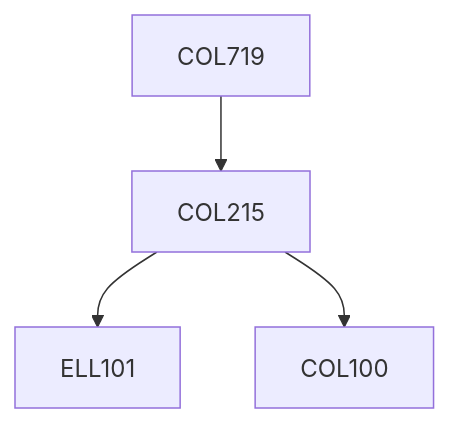
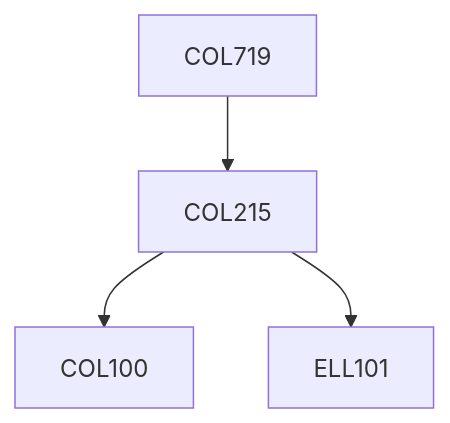
One commit to KeshavBansal0122/CoS_Website changed the diagram in content/Computer Science and Engineering/COL719.md. Above: the diagram before and after it, drawn with Mermaid. The commit also changed other lines of this file and 392 other files, not shown here.

````diff
--- a/content/Computer Science and Engineering/COL719.md
+++ b/content/Computer Science and Engineering/COL719.md
@@ -13,10 +13,10 @@
 ```mermaid
 flowchart TD
 COL719-195[COL719]
 COL719-195 --> COL215-195[COL215]
+COL215-195 --> COL100-195[COL100]
 COL215-195 --> ELL101-195[ELL101]
-COL215-195 --> COL100-195[COL100]
 
 classDef empty height:17px, fill:transparent, stroke:transparent;
 classDef trueEmpty height:0px, width:0px;
 ```
````
